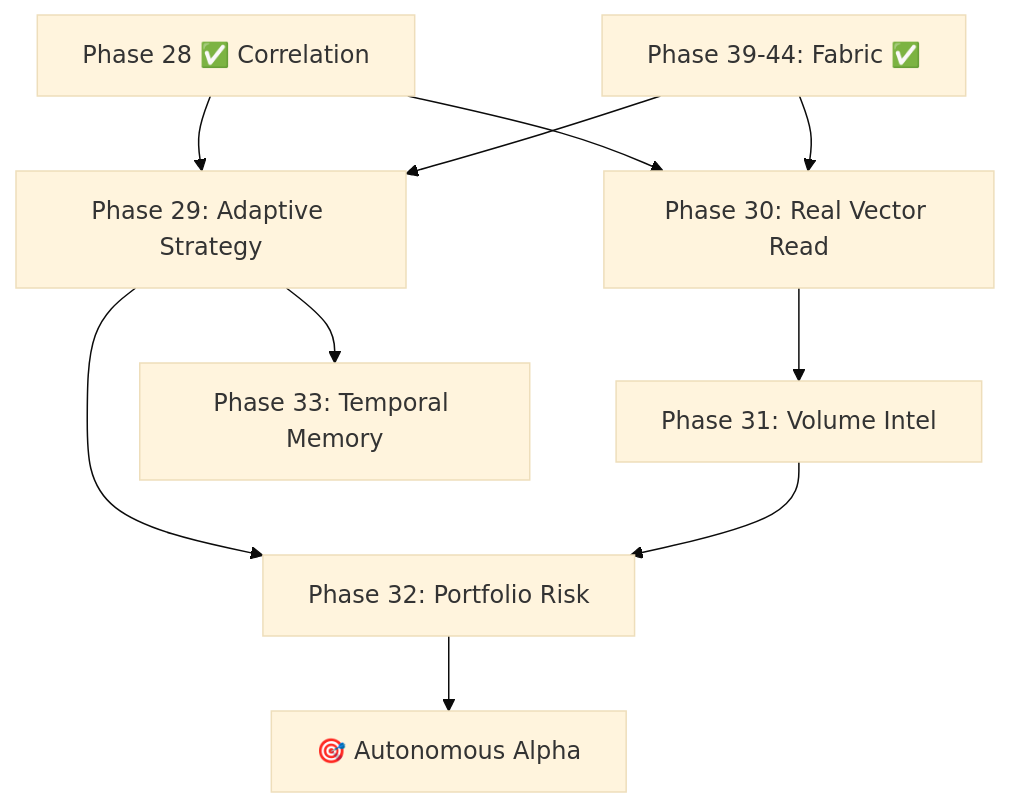
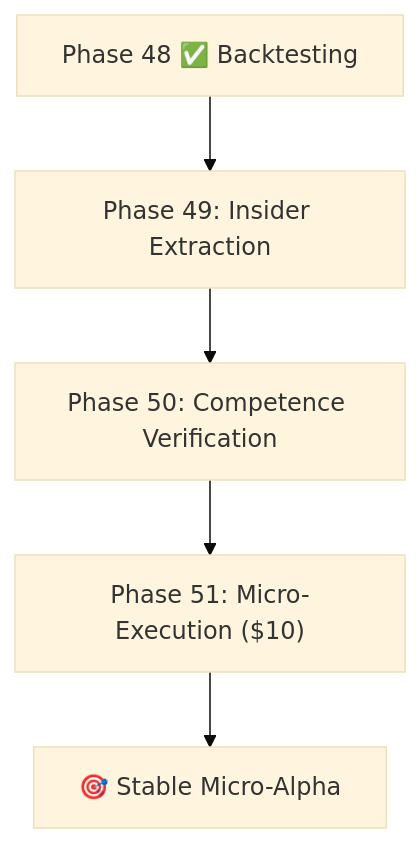
One commit to criticalinsight/gswarm changed the diagram in docs/specs/sovereign_intelligence_roadmap.md. Above: the diagram before and after it, drawn with Mermaid (base theme). The commit also changed other lines of this file and 42 other files, not shown here.

````diff
--- a/docs/specs/sovereign_intelligence_roadmap.md
+++ b/docs/specs/sovereign_intelligence_roadmap.md
@@ -24,12 +24,7 @@
 ```mermaid
 graph TD
-    A["Phase 28 ✅ Correlation"] --> B["Phase 29: Adaptive Strategy"]
-    A --> C["Phase 30: Real Vector Read"]
-    B --> D["Phase 32: Portfolio Risk"]
-    C --> E["Phase 31: Volume Intel"]
-    E --> D
-    B --> F["Phase 33: Temporal Memory"]
-    D --> G["🎯 Autonomous Alpha"]
-    H["Phase 39-44: Fabric ✅"] --> B
-    H --> C
+    A["Phase 48 ✅ Backtesting"] --> B["Phase 49: Insider Extraction"]
+    B --> C["Phase 50: Competence Verification"]
+    C --> D["Phase 51: Micro-Execution ($10)"]
+    D --> G["🎯 Stable Micro-Alpha"]
 ```
````
